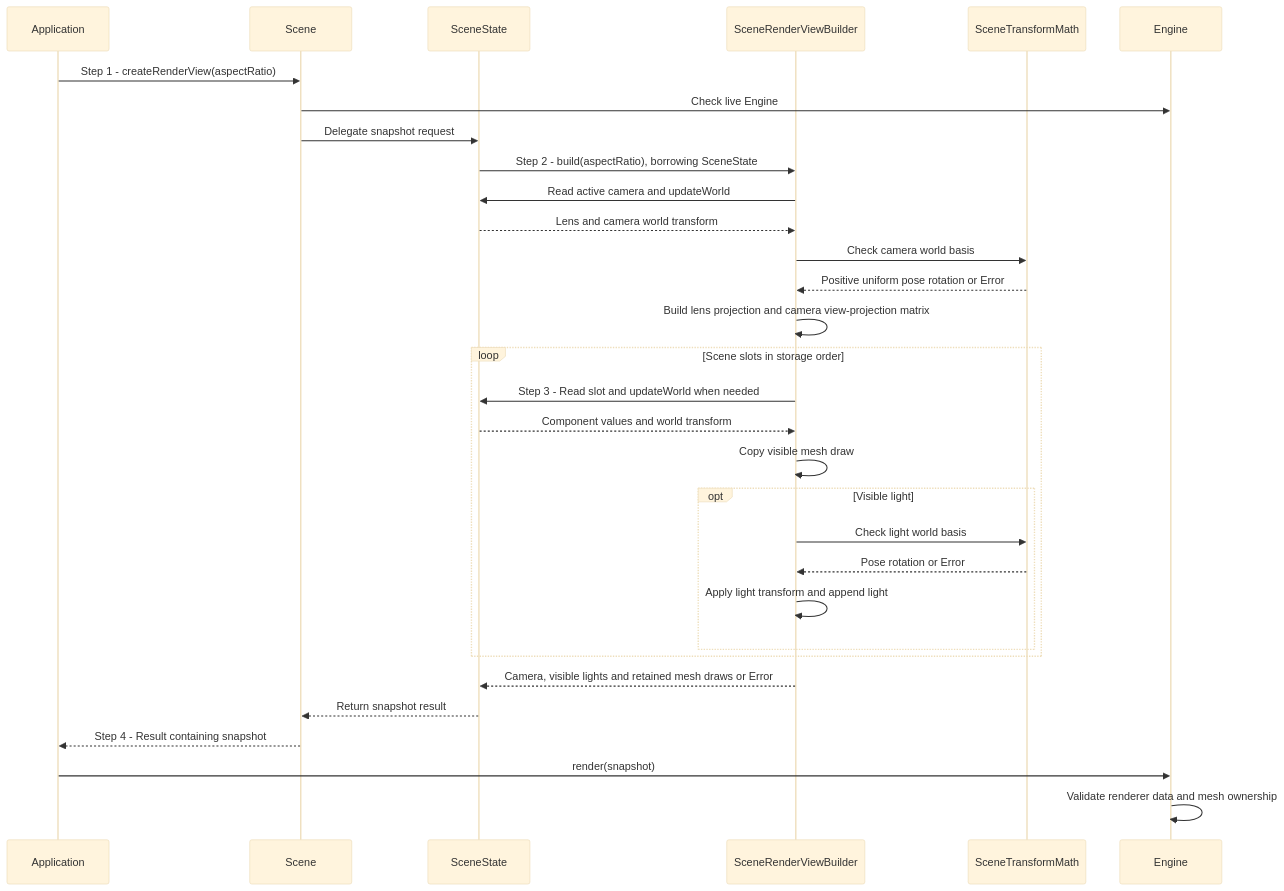
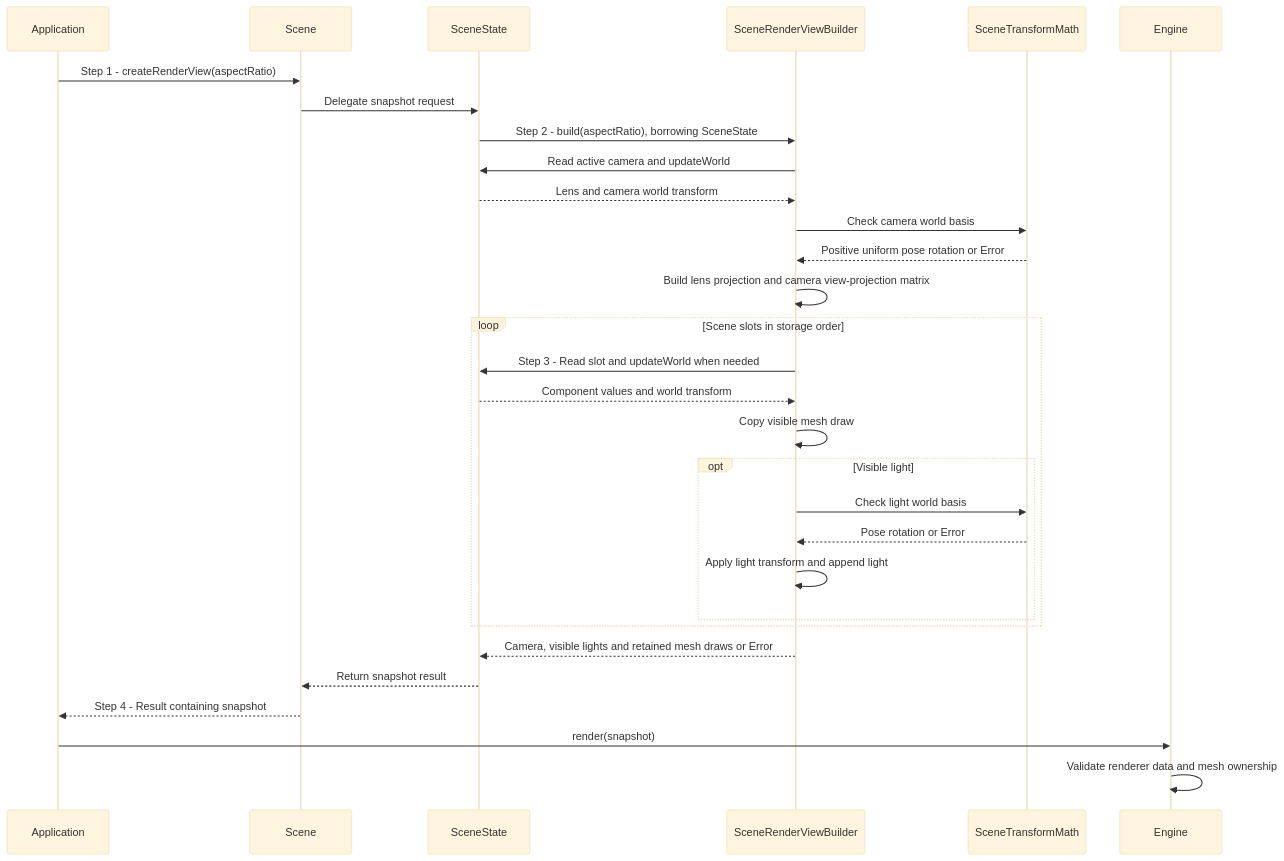
The diagram in docs/use-cases/render-scene-transforms.md (a-soltysik/Panda), drawn with Mermaid (base theme) before and after one commit. The commit also changed other lines of this file and 15 other files, not shown here.

````diff
--- a/docs/use-cases/render-scene-transforms.md
+++ b/docs/use-cases/render-scene-transforms.md
@@ -47,33 +47,32 @@
 ```mermaid
 sequenceDiagram
     participant A as Application
     participant S as Scene
     participant D as SceneState
     participant B as SceneRenderViewBuilder
     participant M as SceneTransformMath
     participant C as Engine
     A->>S: Step 1 - createRenderView(aspectRatio)
-    S->>C: Check live Engine
     S->>D: Delegate snapshot request
     D->>B: Step 2 - build(aspectRatio), borrowing SceneState
     B->>D: Read active camera and updateWorld
     D-->>B: Lens and camera world transform
     B->>M: Check camera world basis
     M-->>B: Positive uniform pose rotation or Error
     B->>B: Build lens projection and camera view-projection matrix
     loop Scene slots in storage order
         B->>D: Step 3 - Read slot and updateWorld when needed
         D-->>B: Component values and world transform
         B->>B: Copy visible mesh draw
         opt Visible light
             B->>M: Check light world basis
             M-->>B: Pose rotation or Error
             B->>B: Apply light transform and append light
         end
     end
     B-->>D: Camera, visible lights and retained mesh draws or Error
     D-->>S: Return snapshot result
     S-->>A: Step 4 - Result containing snapshot
     A->>C: render(snapshot)
     C->>C: Validate renderer data and mesh ownership
 ```
````
